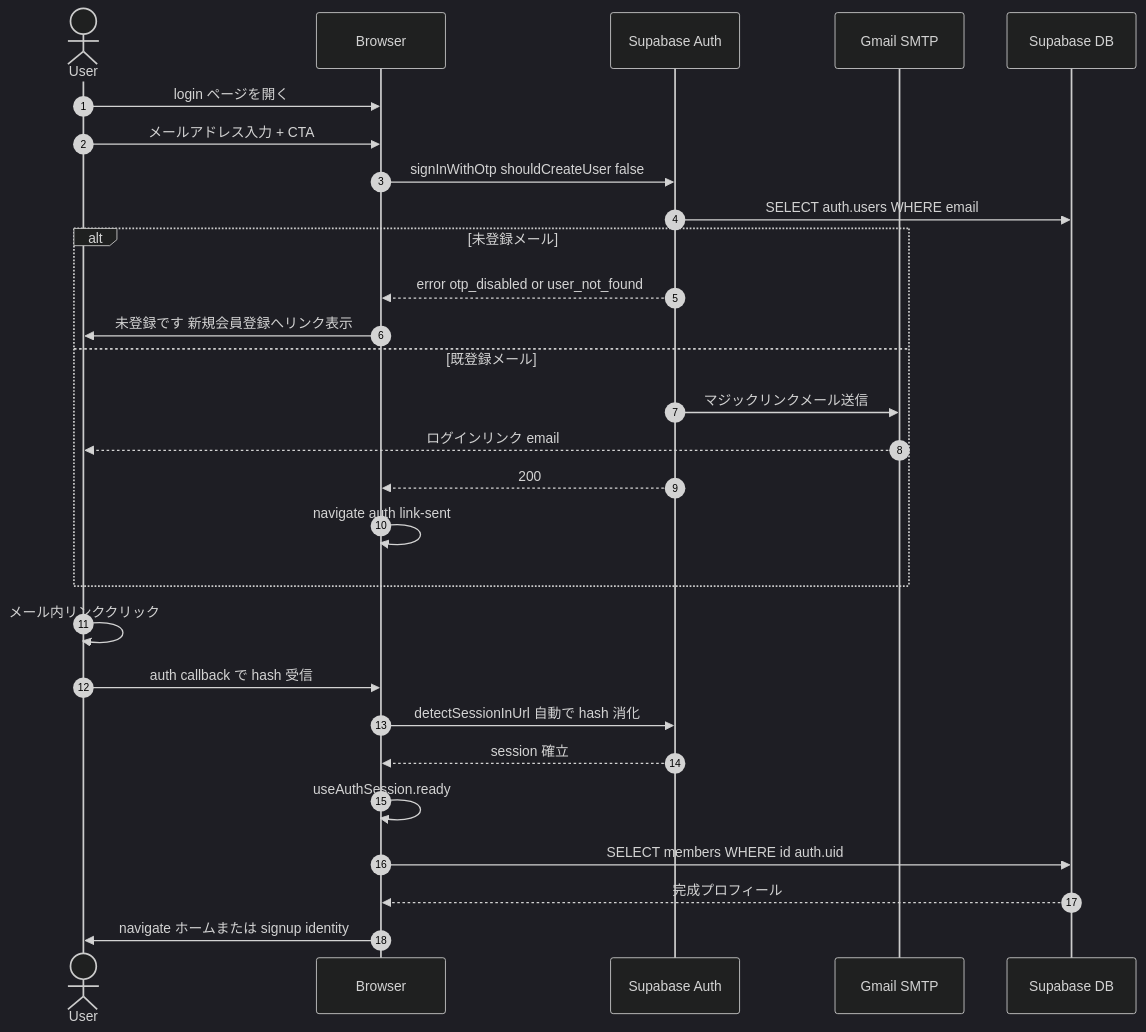
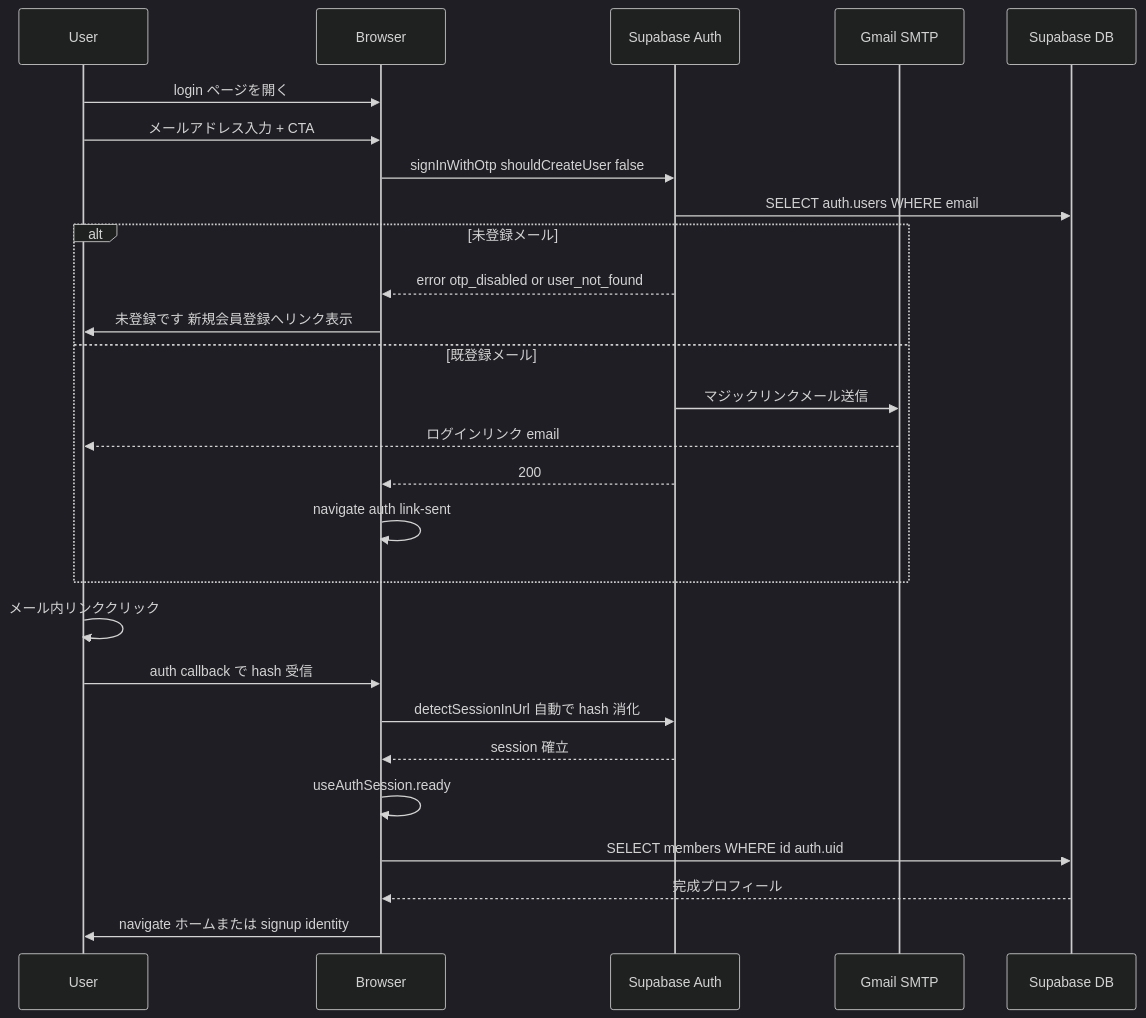
One commit to High-Q/high-q-volleyball changed the fourth of 4 diagrams in docs/04-システム設計/02-シーケンス図/01-会員登録・ログイン.md. Above: the diagram before and after it, drawn with Mermaid (dark theme). The commit also changed other lines of this file, not shown here.

Commit message:
fix(docs): シーケンス図から autonumber と actor を除去
レム実装ミスで検証済み v2 シーケンス図ではなく古い版 autonumber + actor 入りを
docs に書き込んでいた。GitHub Mermaid 古い版で未対応のキーワードのため
パースエラーになる事象を解消する。

- L77 signup シーケンス: actor User → participant User
- L186 ログインシーケンス: actor User → participant User
- 両図とも autonumber 行を削除

````diff
--- a/docs/04-システム設計/02-シーケンス図/01-会員登録・ログイン.md
+++ b/docs/04-システム設計/02-シーケンス図/01-会員登録・ログイン.md
@@ -185,32 +184,31 @@
 ```mermaid
 sequenceDiagram
-    autonumber
-    actor User
+    participant User
     participant Browser
     participant Auth as Supabase Auth
     participant Mailer as Gmail SMTP
     participant DB as Supabase DB
 
     User->>Browser: login ページを開く
     User->>Browser: メールアドレス入力 + CTA
     Browser->>Auth: signInWithOtp shouldCreateUser false
     Auth->>DB: SELECT auth.users WHERE email
     alt 未登録メール
         Auth-->>Browser: error otp_disabled or user_not_found
         Browser->>User: 未登録です 新規会員登録へリンク表示
     else 既登録メール
         Auth->>Mailer: マジックリンクメール送信
         Mailer-->>User: ログインリンク email
         Auth-->>Browser: 200
         Browser->>Browser: navigate auth link-sent
     end
 
     User->>User: メール内リンククリック
     User->>Browser: auth callback で hash 受信
     Browser->>Auth: detectSessionInUrl 自動で hash 消化
     Auth-->>Browser: session 確立
     Browser->>Browser: useAuthSession.ready
     Browser->>DB: SELECT members WHERE id auth.uid
     DB-->>Browser: 完成プロフィール
     Browser->>User: navigate ホームまたは signup identity
 ```
````
